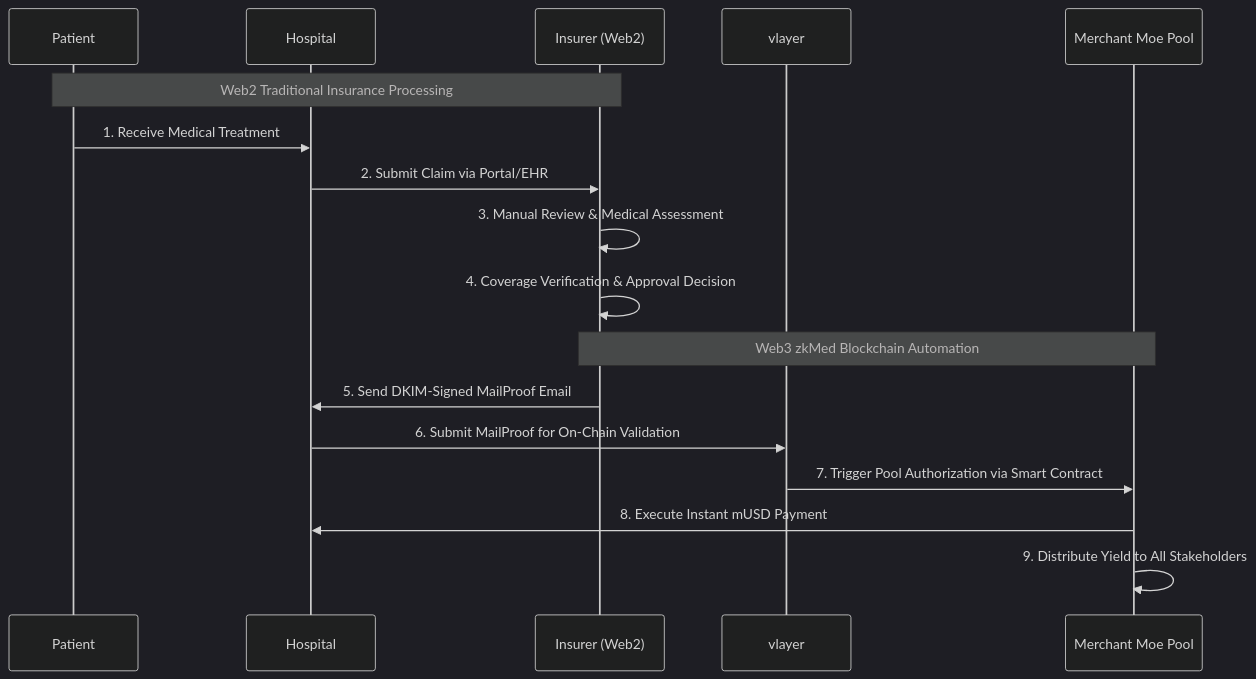
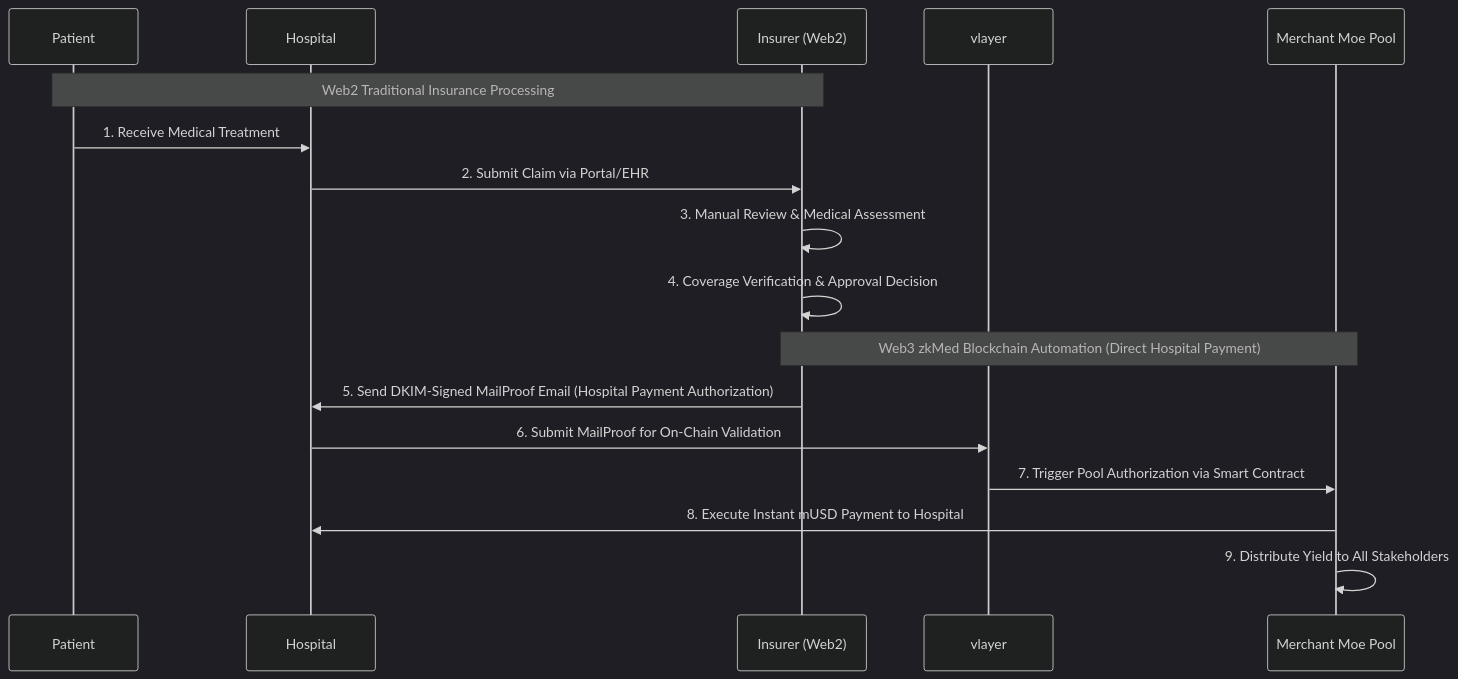
The second of 4 diagrams in memory-bank/productContext.md (ppezzull/zkMed), drawn with Mermaid (dark theme) before and after one commit. The commit also changed other lines of this file and 4 other files, not shown here.

````diff
--- a/memory-bank/productContext.md
+++ b/memory-bank/productContext.md
@@ -152,21 +153,21 @@
 ```mermaid
 sequenceDiagram
     participant P as Patient
     participant H as Hospital  
     participant I as Insurer (Web2)
     participant V as vlayer
     participant LB as Merchant Moe Pool
     
     Note over P,I: Web2 Traditional Insurance Processing
     P->>H: 1. Receive Medical Treatment
     H->>I: 2. Submit Claim via Portal/EHR
     I->>I: 3. Manual Review & Medical Assessment
     I->>I: 4. Coverage Verification & Approval Decision
     
-    Note over I,LB: Web3 zkMed Blockchain Automation
-    I->>H: 5. Send DKIM-Signed MailProof Email
+    Note over I,LB: Web3 zkMed Blockchain Automation (Direct Hospital Payment)
+    I->>H: 5. Send DKIM-Signed MailProof Email (Hospital Payment Authorization)
     H->>V: 6. Submit MailProof for On-Chain Validation
     V->>LB: 7. Trigger Pool Authorization via Smart Contract
-    LB->>H: 8. Execute Instant mUSD Payment
+    LB->>H: 8. Execute Instant mUSD Payment to Hospital
     LB->>LB: 9. Distribute Yield to All Stakeholders
 ```
````
